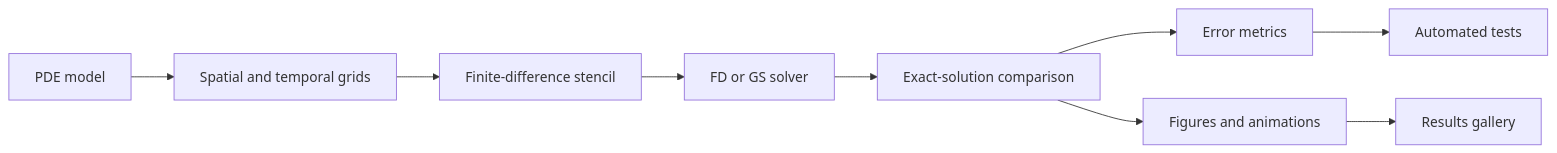
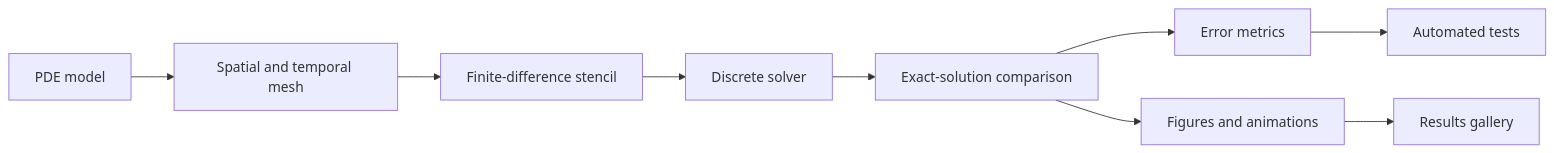
Before and after one commit to gstinoco/Classical-Finite-Differences: the diagram in README.md, drawn with Mermaid. The commit also changed other lines of this file and 76 other files, not shown here.

Commit message:
feat: implement wave equation module, refactor solvers to stencil-based approach, and update results gallery.

````diff
--- a/README.md
+++ b/README.md
@@ -103,11 +65,11 @@
 ```mermaid
 flowchart LR
-    PDE["PDE model"] --> Grid["Spatial and temporal grids"]
-    Grid --> Stencil["Finite-difference stencil"]
-    Stencil --> Solver["FD or GS solver"]
-    Solver --> Compare["Exact-solution comparison"]
-    Compare --> Metrics["Error metrics"]
-    Compare --> Figures["Figures and animations"]
+    PDE["PDE model"] --> Mesh["Spatial and temporal mesh"]
+    Mesh --> Stencil["Finite-difference stencil"]
+    Stencil --> Solver["Discrete solver"]
+    Solver --> Exact["Exact-solution comparison"]
+    Exact --> Metrics["Error metrics"]
+    Exact --> Figures["Figures and animations"]
     Metrics --> Tests["Automated tests"]
-    Figures --> Results["Results gallery"]
+    Figures --> Gallery["Results gallery"]
 ```
````
